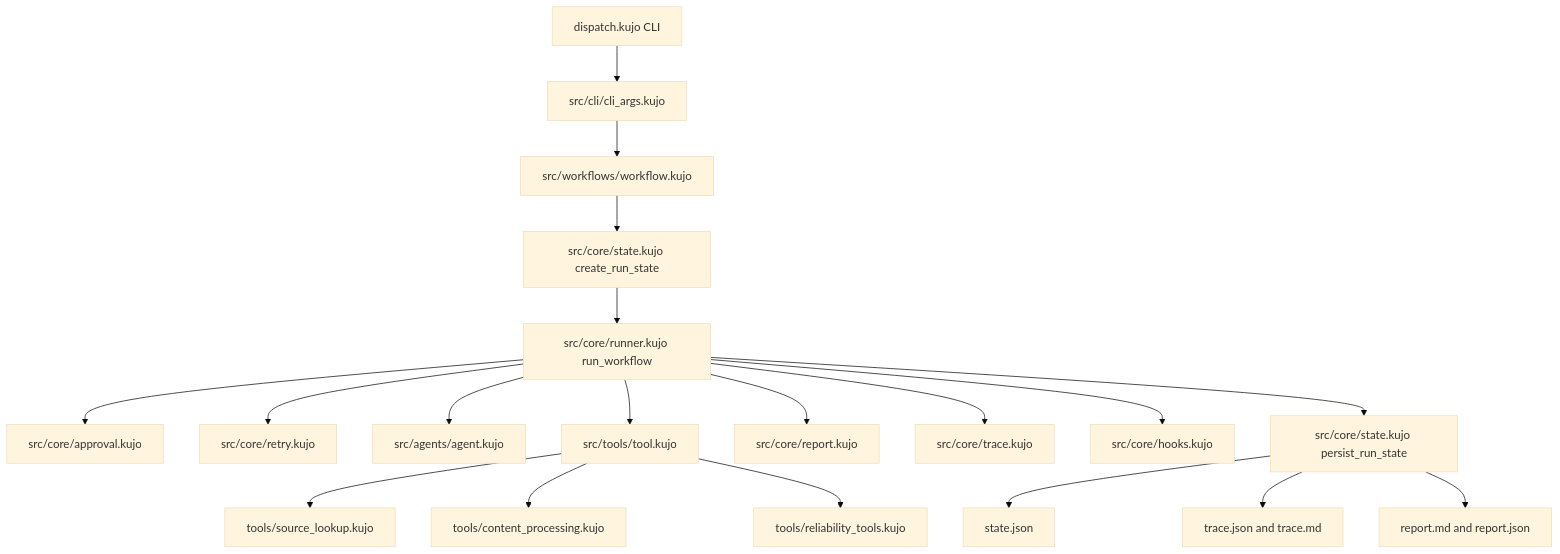
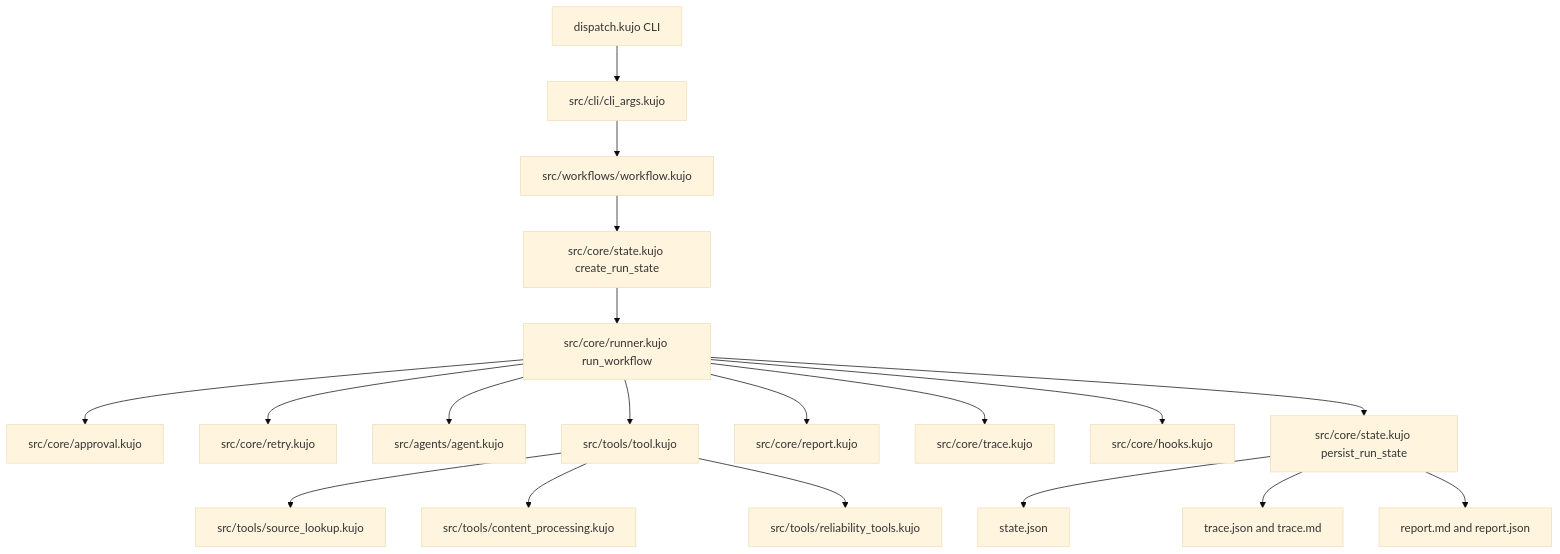
One commit to kujolang/dispatch changed the first of 2 diagrams in docs/architecture-and-extension-diagrams.md. Above: the diagram before and after it, drawn with Mermaid (base theme). The commit also changed 6 other files, not shown here.

First line of the commit message:
Consolidate domain tool handlers under src/tools

````diff
--- a/docs/architecture-and-extension-diagrams.md
+++ b/docs/architecture-and-extension-diagrams.md
@@ -7,21 +7,21 @@
 ```mermaid
 flowchart TD
 	A[dispatch.kujo CLI] --> B[src/cli/cli_args.kujo]
 	B --> C[src/workflows/workflow.kujo]
 	C --> D[src/core/state.kujo create_run_state]
 	D --> E[src/core/runner.kujo run_workflow]
 	E --> F[src/core/approval.kujo]
 	E --> G[src/core/retry.kujo]
 	E --> H[src/agents/agent.kujo]
 	E --> I[src/tools/tool.kujo]
-	I --> J[tools/source_lookup.kujo]
-	I --> K[tools/content_processing.kujo]
-	I --> L[tools/reliability_tools.kujo]
+	I --> J[src/tools/source_lookup.kujo]
+	I --> K[src/tools/content_processing.kujo]
+	I --> L[src/tools/reliability_tools.kujo]
 	E --> M[src/core/report.kujo]
 	E --> N[src/core/trace.kujo]
 	E --> O[src/core/hooks.kujo]
 	E --> P[src/core/state.kujo persist_run_state]
 	P --> Q[state.json]
 	P --> R[trace.json and trace.md]
 	P --> S[report.md and report.json]
 ```
````
